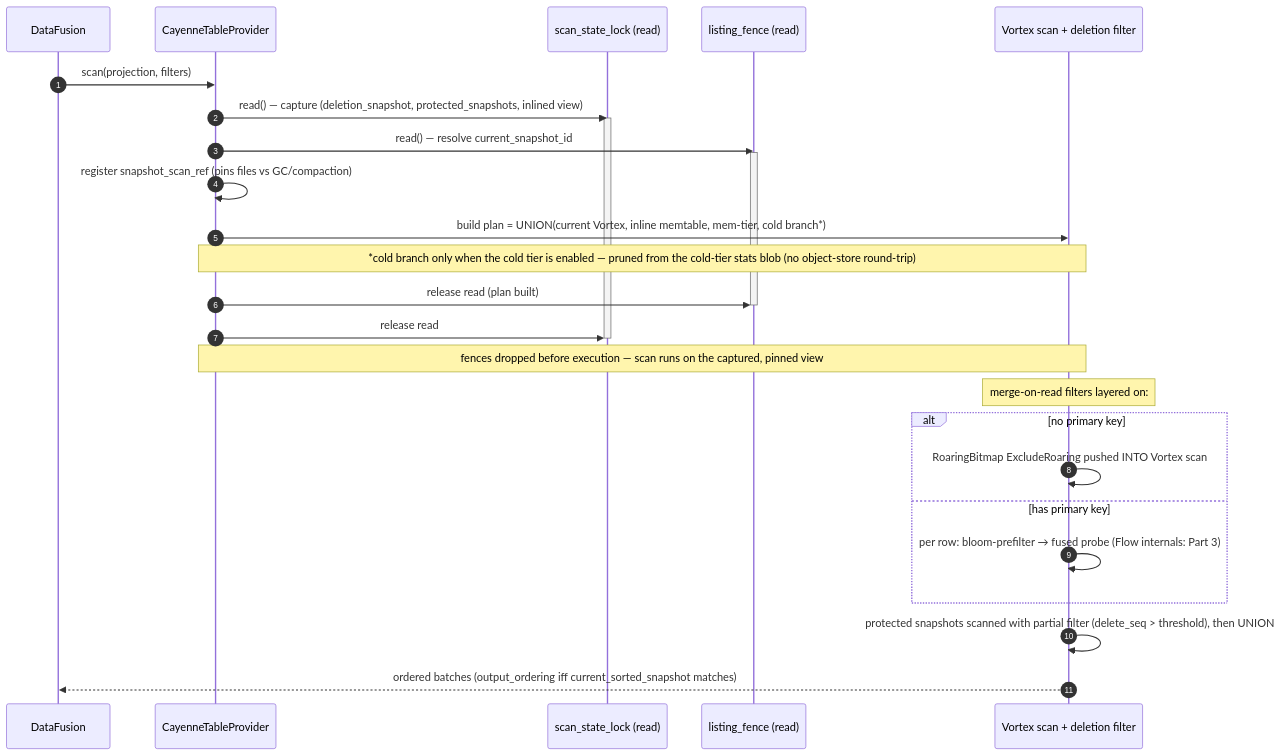
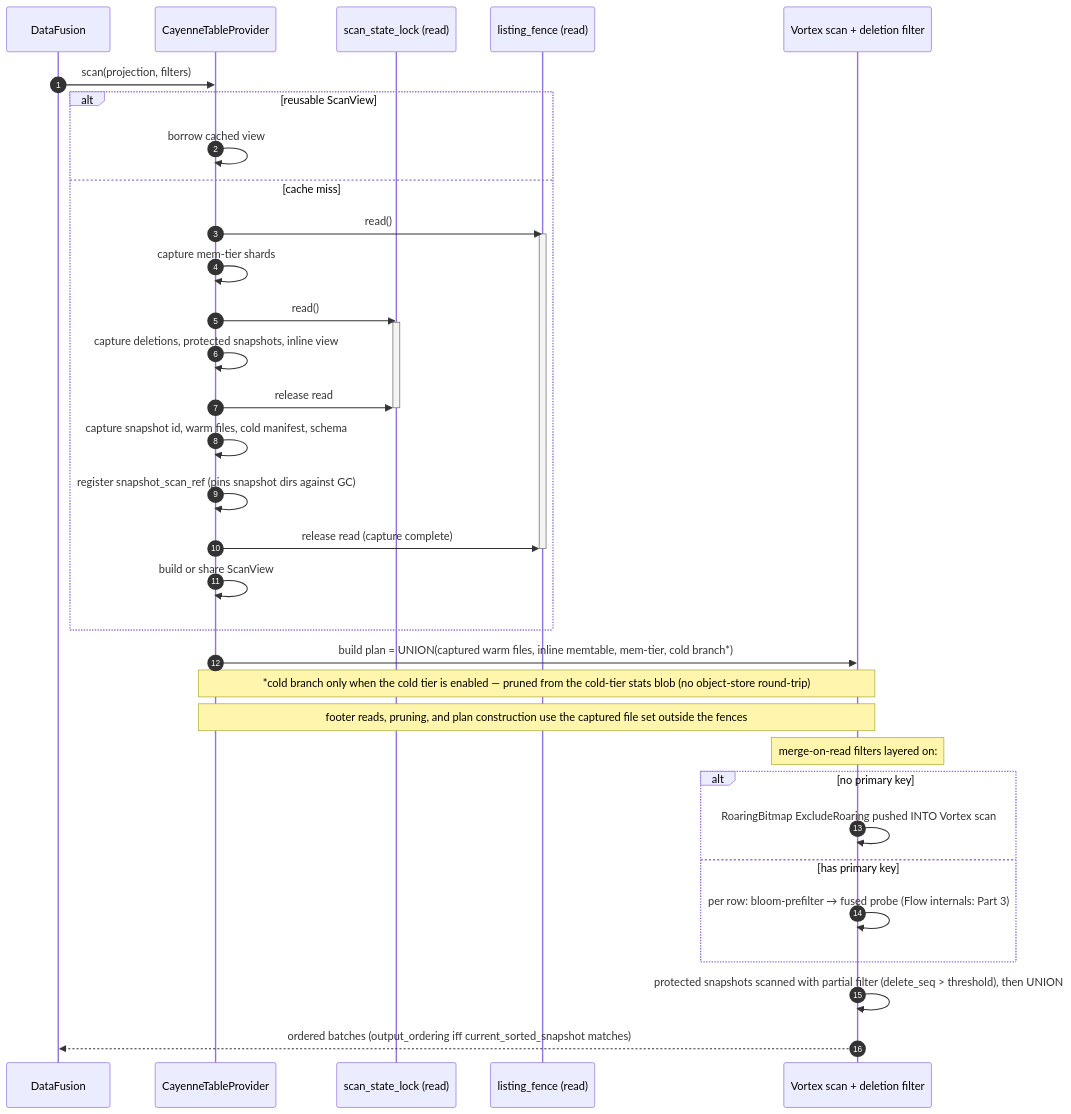
One commit to spiceai/spiceai changed diagram 12 of 21 in docs/cayenne/cayenne.md. Above: the diagram before and after it, drawn with Mermaid. The commit also changed other lines of this file and 3 other files, not shown here.

Commit message:
Keep Cayenne scan-view file sets consistent across checkpoints

````diff
--- a/docs/cayenne/cayenne.md
+++ b/docs/cayenne/cayenne.md
@@ -799,31 +799,39 @@
 ```mermaid
 sequenceDiagram
     autonumber
     participant DF as DataFusion
     participant P as CayenneTableProvider
     participant SS as scan_state_lock (read)
     participant LF as listing_fence (read)
     participant V as Vortex scan + deletion filter
 
     DF->>P: scan(projection, filters)
-    P->>SS: read() — capture (deletion_snapshot, protected_snapshots, inlined view)
-    activate SS
-    P->>LF: read() — resolve current_snapshot_id
-    activate LF
-    P->>P: register snapshot_scan_ref (pins files vs GC/compaction)
-    P->>V: build plan = UNION(current Vortex, inline memtable, mem-tier, cold branch*)
+    alt reusable ScanView
+        P->>P: borrow cached view
+    else cache miss
+        P->>LF: read()
+        activate LF
+        P->>P: capture mem-tier shards
+        P->>SS: read()
+        activate SS
+        P->>P: capture deletions, protected snapshots, inline view
+        P->>SS: release read
+        deactivate SS
+        P->>P: capture snapshot id, warm files, cold manifest, schema
+        P->>P: register snapshot_scan_ref (pins snapshot dirs against GC)
+        P->>LF: release read (capture complete)
+        deactivate LF
+        P->>P: build or share ScanView
+    end
+    P->>V: build plan = UNION(captured warm files, inline memtable, mem-tier, cold branch*)
     Note over P,V: *cold branch only when the cold tier is enabled — pruned from the cold-tier stats blob (no object-store round-trip)
-    P->>LF: release read (plan built)
-    deactivate LF
-    P->>SS: release read
-    deactivate SS
-    Note over P,V: fences dropped before execution — scan runs on the captured, pinned view
+    Note over P,V: footer reads, pruning, and plan construction use the captured file set outside the fences
     Note over V: merge-on-read filters layered on:
     alt no primary key
         V->>V: RoaringBitmap ExcludeRoaring pushed INTO Vortex scan
     else has primary key
         V->>V: per row: bloom-prefilter → fused probe (Flow internals: Part 3)
     end
     V->>V: protected snapshots scanned with partial filter (delete_seq > threshold), then UNION
     V-->>DF: ordered batches (output_ordering iff current_sorted_snapshot matches)
 ```
````
